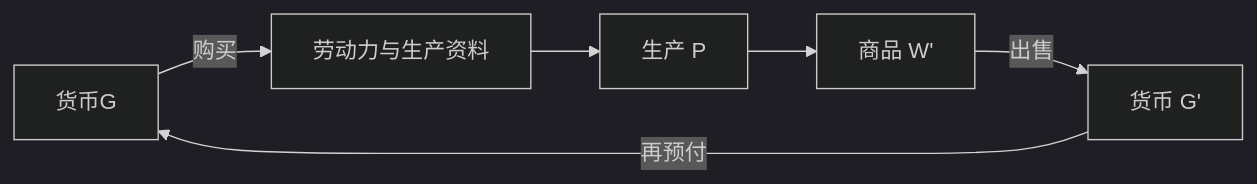
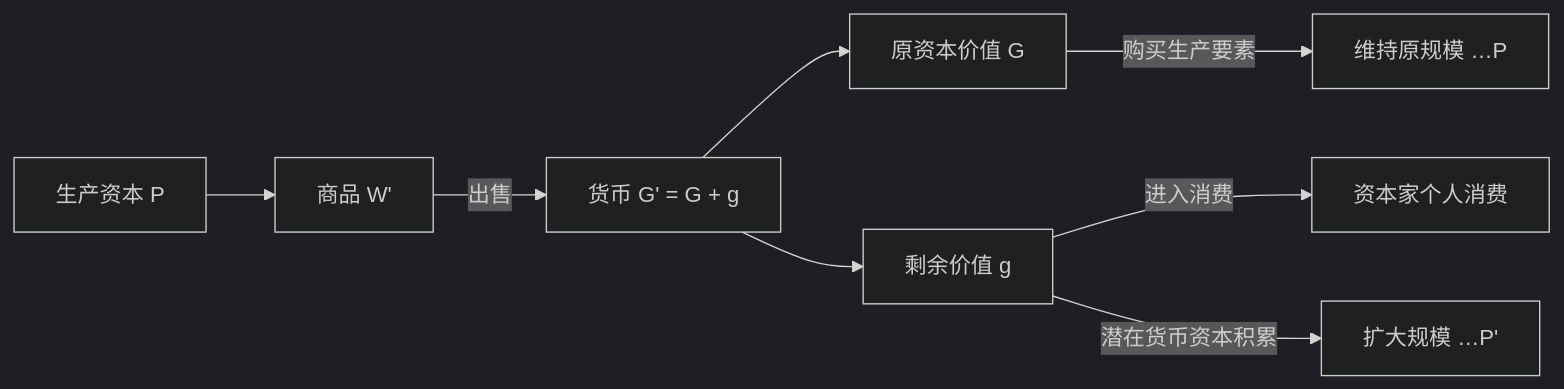
The third of 3 diagrams in content/故事/资本论-第二卷/资本形态变化及其循环.md (zeroDtree/zeroDtree.github.io), drawn with Mermaid (dark theme) before and after one commit. The commit also changed other lines of this file and 8 other files, not shown here.

````diff
--- a/content/故事/资本论-第二卷/资本形态变化及其循环.md
+++ b/content/故事/资本论-第二卷/资本形态变化及其循环.md
@@ -300,8 +116,10 @@
 ```mermaid
 flowchart LR
- G[货币G] -->|购买| W["劳动力与生产资料"]
- W --> P["生产 P"]
- P --> Wp["商品 W'"]
- Wp -->|出售| Gp["货币 G'"]
- Gp -->|再预付| G
+    P["生产资本 P"] --> Wp["商品 W'"]
+    Wp -->|出售| Gp["货币 G' = G + g"]
+    Gp --> G["原资本价值 G"]
+    Gp --> g["剩余价值 g"]
+    G -->|购买生产要素| P2["维持原规模 …P"]
+    g -->|进入消费| Cons["资本家个人消费"]
+    g -->|潜在货币资本积累| P3["扩大规模 …P'"]
 ```
````
